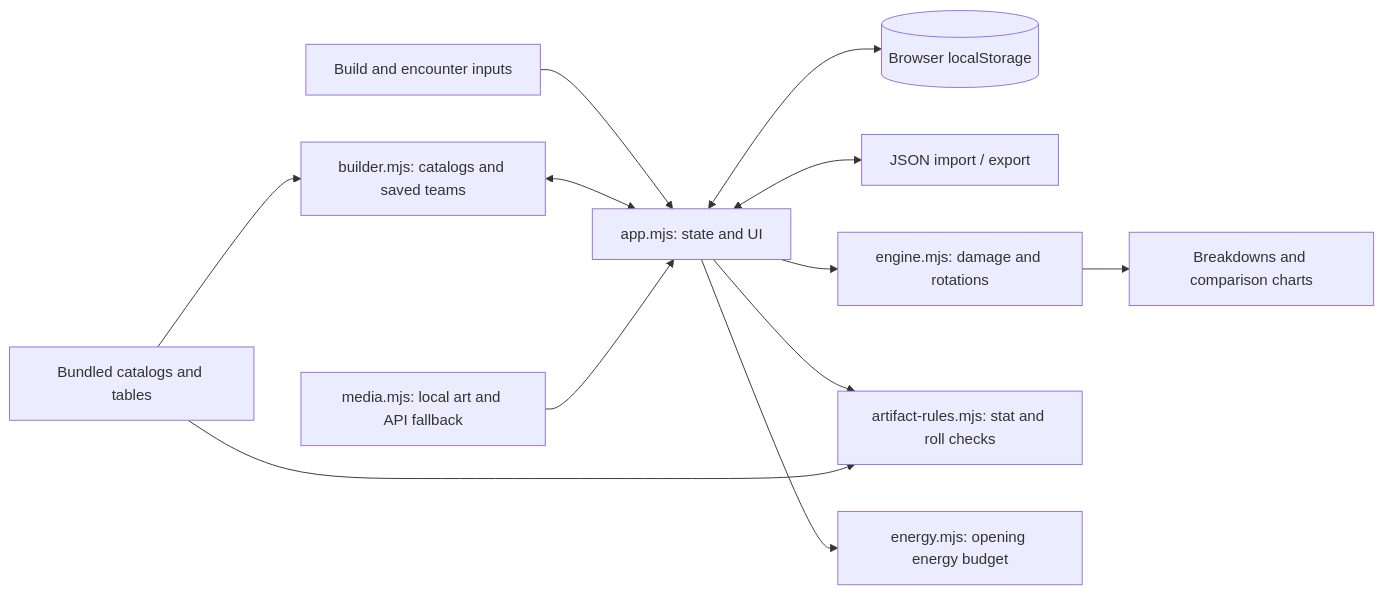
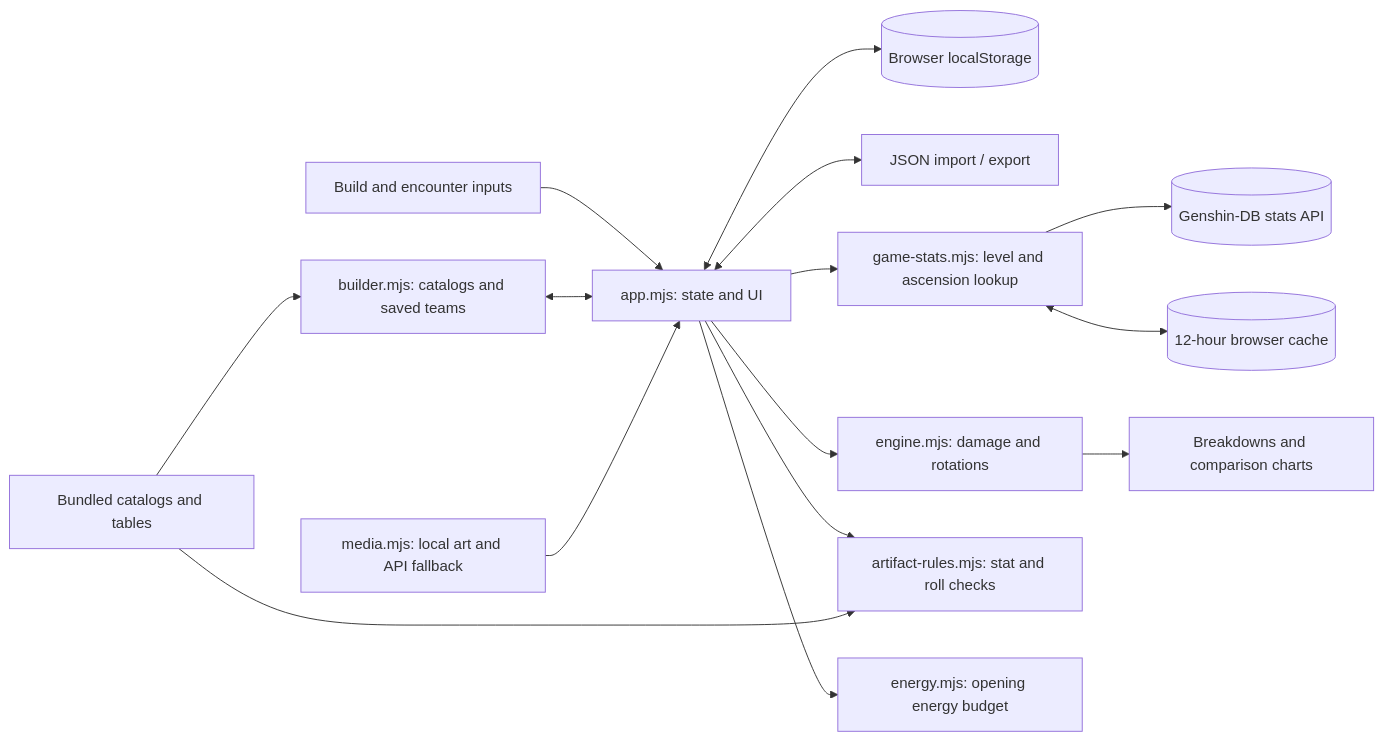
Before and after one commit to Skeeb32/stygian-damage-lab: the diagram in README.md, drawn with Mermaid. The commit also changed other lines of this file and 9 other files, not shown here.

Commit message:
Add API-backed level stats and Stygian boss windows

````diff
--- a/README.md
+++ b/README.md
@@ -110,14 +110,17 @@
 ```mermaid
 flowchart LR
     User[Build and encounter inputs] --> App[app.mjs: state and UI]
     Builder[builder.mjs: catalogs and saved teams] <--> App
     App <--> Storage[(Browser localStorage)]
     App <--> Backup[JSON import / export]
+    App --> GameStats[game-stats.mjs: level and ascension lookup]
+    GameStats --> GDB[(Genshin-DB stats API)]
+    GameStats <--> Cache[(12-hour browser cache)]
     App --> Damage[engine.mjs: damage and rotations]
     App --> Artifacts[artifact-rules.mjs: stat and roll checks]
     App --> Energy[energy.mjs: opening energy budget]
     Damage --> Results[Breakdowns and comparison charts]
     Data[Bundled catalogs and tables] --> Builder
     Data --> Artifacts
     Media[media.mjs: local art and API fallback] --> App
 ```
````
